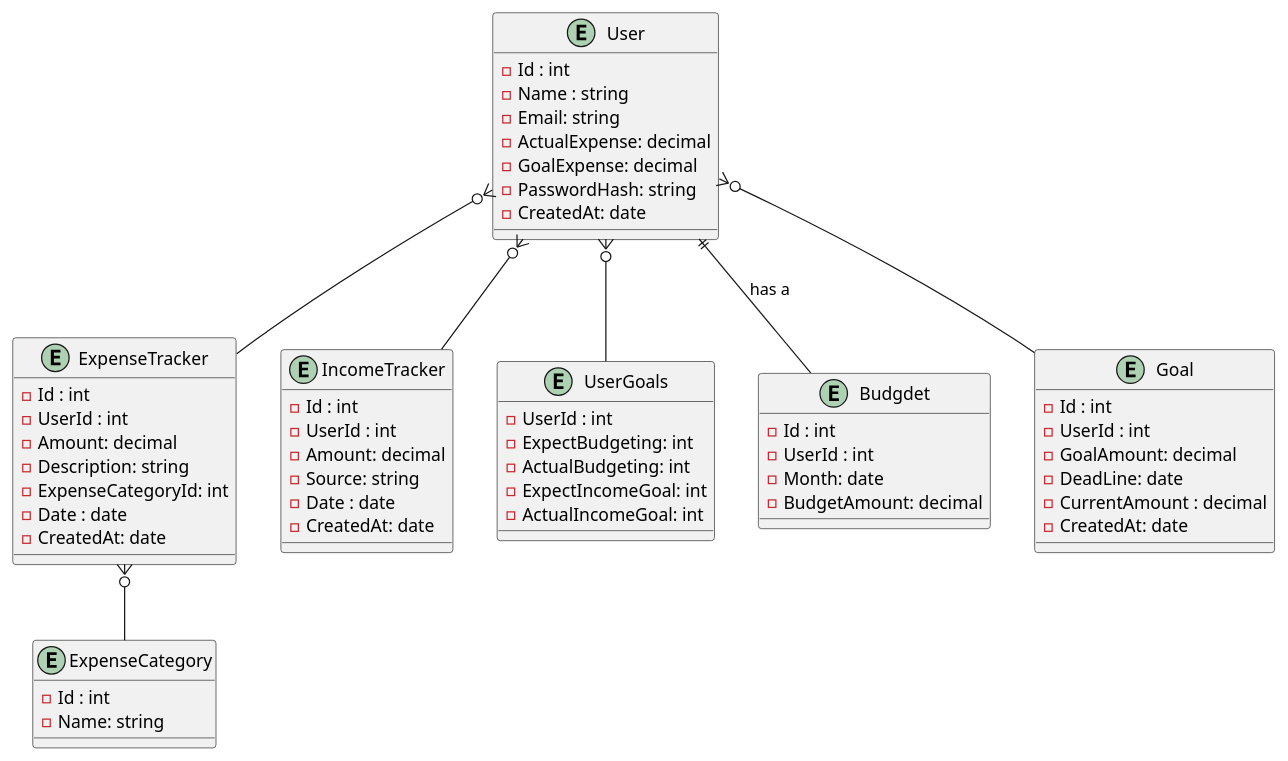
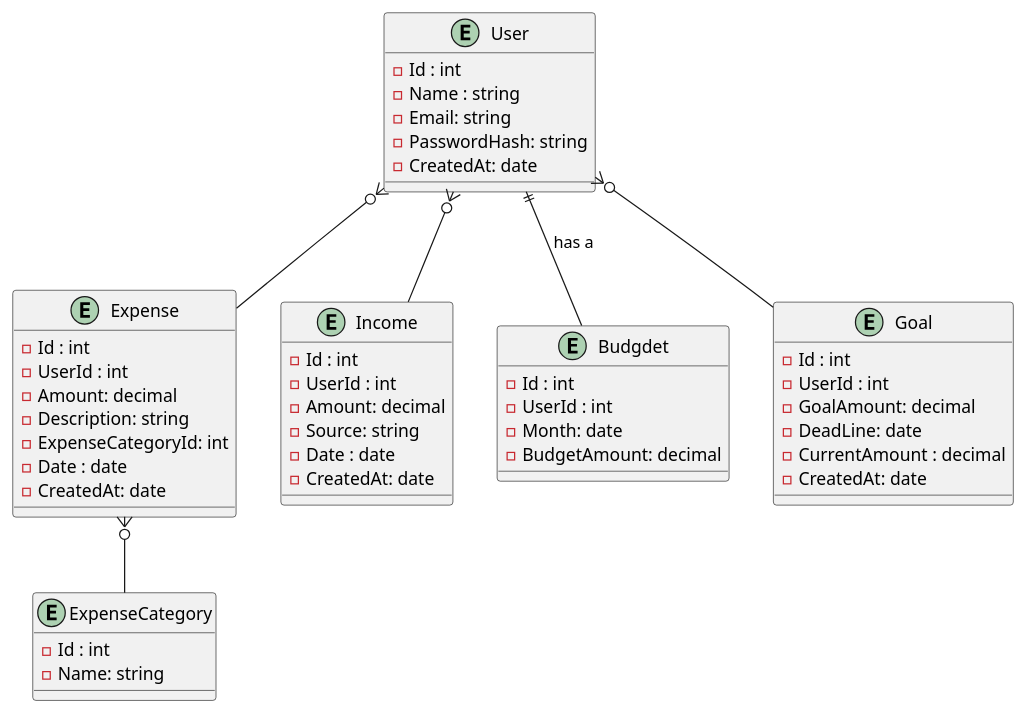
The diagram in docs/dbDesign.puml (programacion-6/ExPenSeTraCkerGroUpSiX), drawn with PlantUML before and after one commit. The commit also changed 1 other file, not shown here.

Commit message:
feat: delete double representation of goals: modify table names

```diff
--- a/docs/dbDesign.puml
+++ b/docs/dbDesign.puml
@@ -1,71 +1,60 @@
 @startuml title Data base design
 
     entity User {
     - Id : int
     - Name : string
     - Email: string
-    - ActualExpense: decimal
-    - GoalExpense: decimal
     - PasswordHash: string
     - CreatedAt: date
     }
   
     
-    entity ExpenseTracker {
+    entity Expense {
     - Id : int
     - UserId : int
     - Amount: decimal
     - Description: string
     - ExpenseCategoryId: int
     - Date : date
     - CreatedAt: date
     }
     
-    entity IncomeTracker {
+    entity Income {
     - Id : int
     - UserId : int
     - Amount: decimal
     - Source: string
     - Date : date
     - CreatedAt: date
     }
 
     entity ExpenseCategory {
     - Id : int
     - Name: string
-    }
-
-    entity UserGoals {
-    - UserId : int
-    - ExpectBudgeting: int
-    - ActualBudgeting: int
-    - ExpectIncomeGoal: int
-    - ActualIncomeGoal: int
     }
     
     entity Budgdet {
     - Id : int
     - UserId : int
     - Month: date
     - BudgetAmount: decimal
     }
     
     entity Goal {
     - Id : int
     - UserId : int
     - GoalAmount: decimal
     - DeadLine: date
     - CurrentAmount : decimal
     - CreatedAt: date
     }
  
  
-User }o-- ExpenseTracker
-User }o-- IncomeTracker 
-User }o-- UserGoals 
-ExpenseTracker }o-- ExpenseCategory 
+User }o-- Expense
+User }o-- Income 
+Expense }o-- ExpenseCategory 
 User ||-- Budgdet : has a
 User }o-- Goal 
 
 
 @enduml
```
